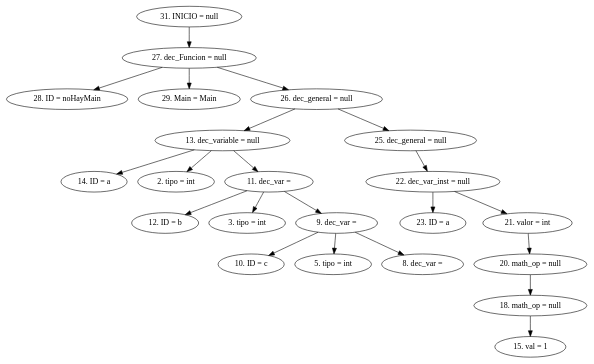
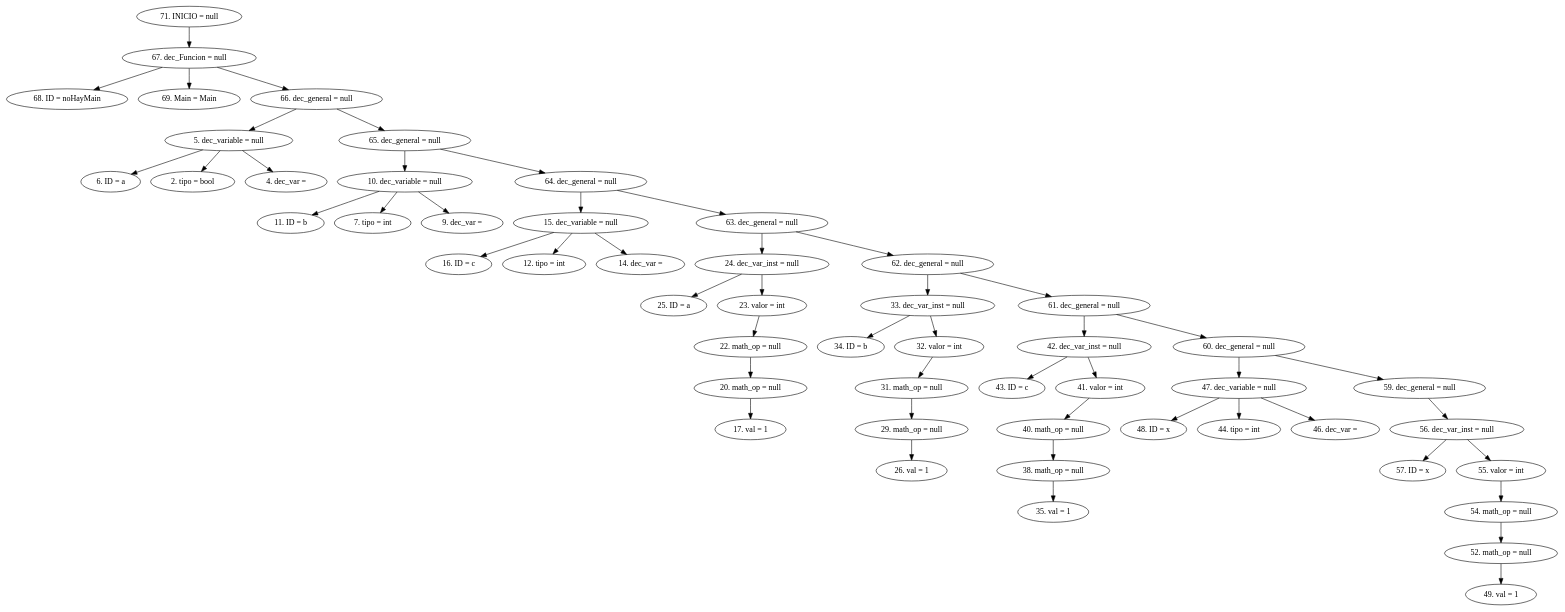
The diagram in AST.dot (CarlosSosVos/NACHTs), drawn with Graphviz before and after one commit. The commit also changed 12 other files, not shown here.

```diff
--- a/AST.dot
+++ b/AST.dot
@@ -1,25 +1,55 @@
 digraph G {
-"31. INICIO = null"->"27. dec_Funcion = null"
-"27. dec_Funcion = null"->"28. ID = noHayMain"
-"27. dec_Funcion = null"->"29. Main = Main"
-"27. dec_Funcion = null"->"26. dec_general = null"
-"26. dec_general = null"->"13. dec_variable = null"
-"13. dec_variable = null"->"14. ID = a"
-"13. dec_variable = null"->"2. tipo = int"
-"13. dec_variable = null"->"11. dec_var = "
-"11. dec_var = "->"12. ID = b"
-"11. dec_var = "->"3. tipo = int"
-"11. dec_var = "->"9. dec_var = "
-"9. dec_var = "->"10. ID = c"
-"9. dec_var = "->"5. tipo = int"
-"9. dec_var = "->"8. dec_var = "
-"26. dec_general = null"->"25. dec_general = null"
-"25. dec_general = null"->"22. dec_var_inst = null"
-"22. dec_var_inst = null"->"23. ID = a"
-"22. dec_var_inst = null"->"21. valor = int"
-"21. valor = int"->"20. math_op = null"
-"20. math_op = null"->"18. math_op = null"
-"18. math_op = null"->"15. val = 1"
+"71. INICIO = null"->"67. dec_Funcion = null"
+"67. dec_Funcion = null"->"68. ID = noHayMain"
+"67. dec_Funcion = null"->"69. Main = Main"
+"67. dec_Funcion = null"->"66. dec_general = null"
+"66. dec_general = null"->"5. dec_variable = null"
+"5. dec_variable = null"->"6. ID = a"
+"5. dec_variable = null"->"2. tipo = bool"
+"5. dec_variable = null"->"4. dec_var = "
+"66. dec_general = null"->"65. dec_general = null"
+"65. dec_general = null"->"10. dec_variable = null"
+"10. dec_variable = null"->"11. ID = b"
+"10. dec_variable = null"->"7. tipo = int"
+"10. dec_variable = null"->"9. dec_var = "
+"65. dec_general = null"->"64. dec_general = null"
+"64. dec_general = null"->"15. dec_variable = null"
+"15. dec_variable = null"->"16. ID = c"
+"15. dec_variable = null"->"12. tipo = int"
+"15. dec_variable = null"->"14. dec_var = "
+"64. dec_general = null"->"63. dec_general = null"
+"63. dec_general = null"->"24. dec_var_inst = null"
+"24. dec_var_inst = null"->"25. ID = a"
+"24. dec_var_inst = null"->"23. valor = int"
+"23. valor = int"->"22. math_op = null"
+"22. math_op = null"->"20. math_op = null"
+"20. math_op = null"->"17. val = 1"
+"63. dec_general = null"->"62. dec_general = null"
+"62. dec_general = null"->"33. dec_var_inst = null"
+"33. dec_var_inst = null"->"34. ID = b"
+"33. dec_var_inst = null"->"32. valor = int"
+"32. valor = int"->"31. math_op = null"
+"31. math_op = null"->"29. math_op = null"
+"29. math_op = null"->"26. val = 1"
+"62. dec_general = null"->"61. dec_general = null"
+"61. dec_general = null"->"42. dec_var_inst = null"
+"42. dec_var_inst = null"->"43. ID = c"
+"42. dec_var_inst = null"->"41. valor = int"
+"41. valor = int"->"40. math_op = null"
+"40. math_op = null"->"38. math_op = null"
+"38. math_op = null"->"35. val = 1"
+"61. dec_general = null"->"60. dec_general = null"
+"60. dec_general = null"->"47. dec_variable = null"
+"47. dec_variable = null"->"48. ID = x"
+"47. dec_variable = null"->"44. tipo = int"
+"47. dec_variable = null"->"46. dec_var = "
+"60. dec_general = null"->"59. dec_general = null"
+"59. dec_general = null"->"56. dec_var_inst = null"
+"56. dec_var_inst = null"->"57. ID = x"
+"56. dec_var_inst = null"->"55. valor = int"
+"55. valor = int"->"54. math_op = null"
+"54. math_op = null"->"52. math_op = null"
+"52. math_op = null"->"49. val = 1"
 
 
 }
```
